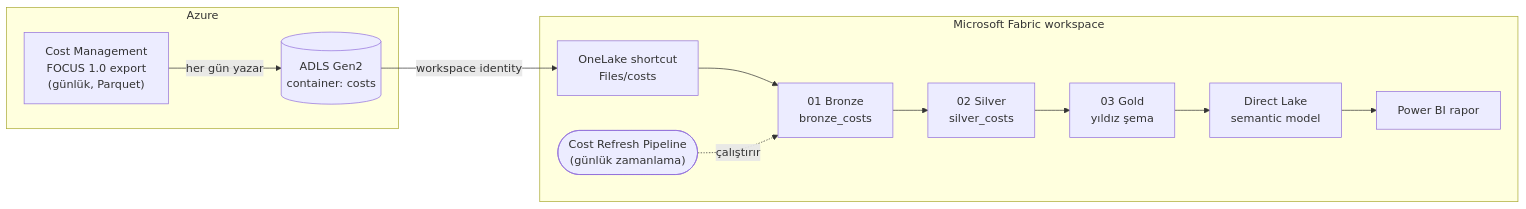
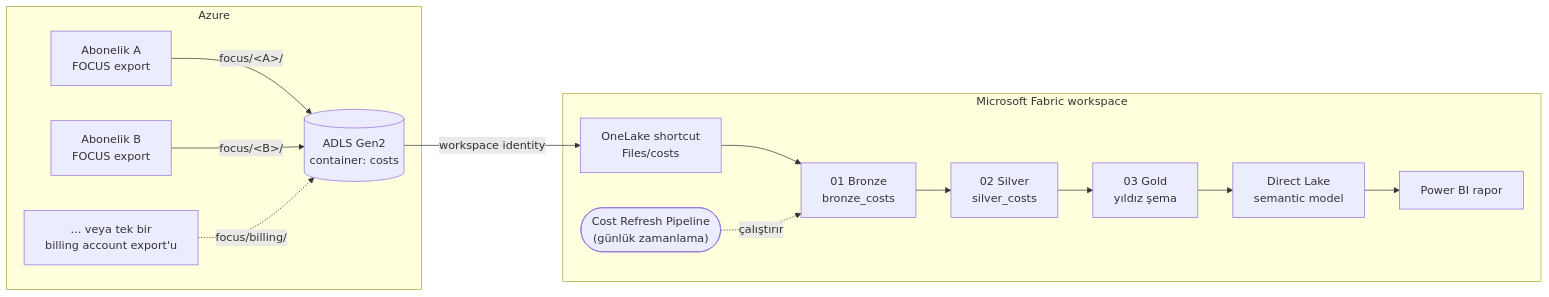
Before and after one commit to senem101/azure-cost-to-fabric: the diagram in README.md, drawn with Mermaid. The commit also changed other lines of this file and 18 other files, not shown here.

First line of the commit message:
Add multi-subscription and billing-scope cost export support

````diff
--- a/README.md
+++ b/README.md
@@ -9,15 +9,17 @@
 ```mermaid
 flowchart LR
     subgraph Azure
-        CM["Cost Management<br/>FOCUS 1.0 export<br/>(günlük, Parquet)"] -->|her gün yazar| ST[("ADLS Gen2<br/>container: costs")]
+        S1["Abonelik A<br/>FOCUS export"] -->|focus/&lt;A&gt;/| ST[("ADLS Gen2<br/>container: costs")]
+        S2["Abonelik B<br/>FOCUS export"] -->|focus/&lt;B&gt;/| ST
+        S3["... veya tek bir<br/>billing account export'u"] -.->|focus/billing/| ST
     end
     subgraph Fabric["Microsoft Fabric workspace"]
         SC["OneLake shortcut<br/>Files/costs"] --> B["01 Bronze<br/>bronze_costs"]
         B --> S["02 Silver<br/>silver_costs"]
         S --> G["03 Gold<br/>yıldız şema"]
         G --> SM["Direct Lake<br/>semantic model"]
         SM --> PBI["Power BI rapor"]
         P(["Cost Refresh Pipeline<br/>(günlük zamanlama)"]) -.çalıştırır.-> B
     end
     ST -->|workspace identity| SC
 ```
````
